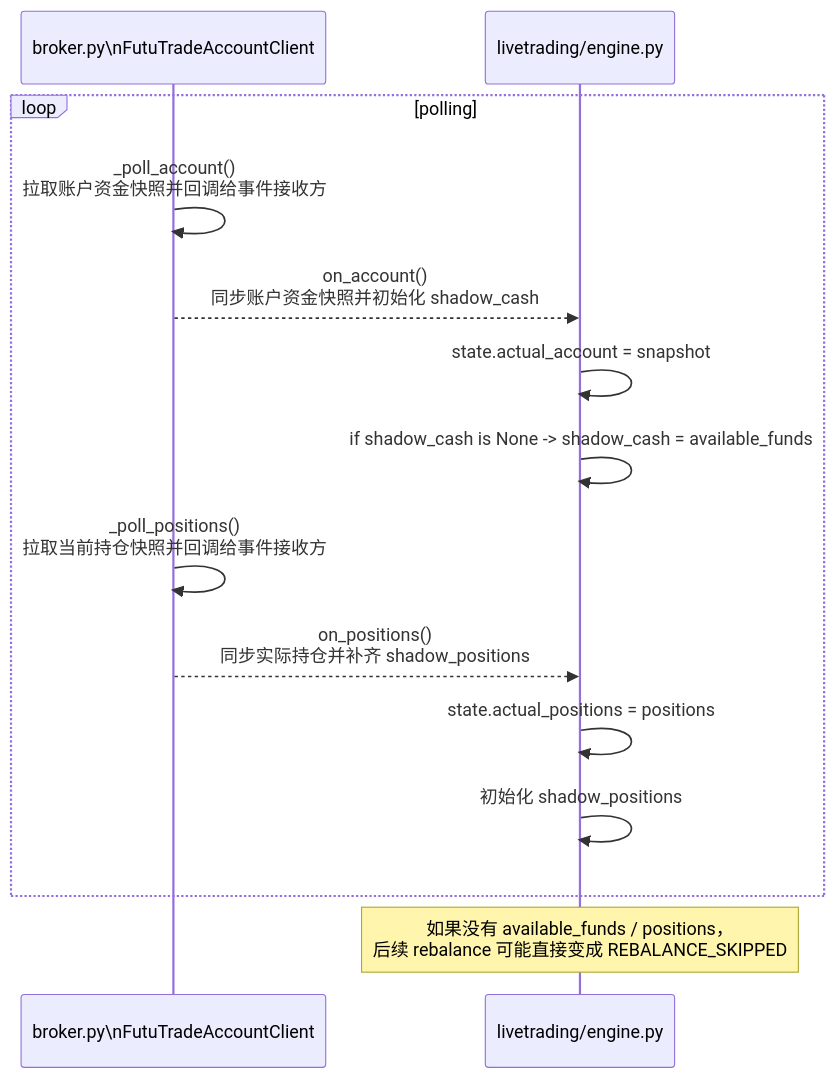
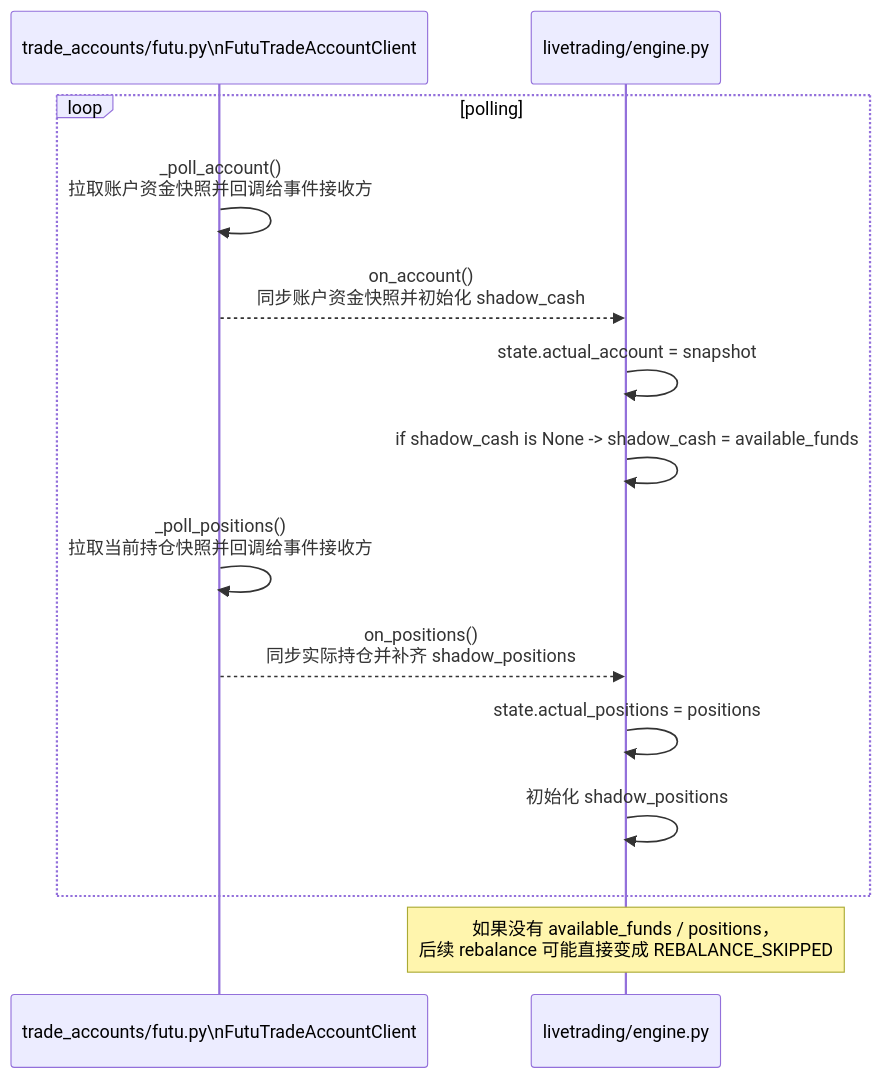
The third of 7 diagrams in docs/README_livetrading_sequence.md (hangchow/backtest), drawn with Mermaid before and after one commit. The commit also changed other lines of this file and 18 other files, not shown here.

````diff
--- a/docs/README_livetrading_sequence.md
+++ b/docs/README_livetrading_sequence.md
@@ -118,19 +133,19 @@
 ```mermaid
 sequenceDiagram
-    participant TB as broker.py\nFutuTradeAccountClient
+    participant TB as trade_accounts/futu.py\nFutuTradeAccountClient
     participant ENG as livetrading/engine.py
 
     loop polling
         TB->>TB: _poll_account()<br/>拉取账户资金快照并回调给事件接收方
         TB-->>ENG: on_account()<br/>同步账户资金快照并初始化 shadow_cash
         ENG->>ENG: state.actual_account = snapshot
         ENG->>ENG: if shadow_cash is None -> shadow_cash = available_funds
 
         TB->>TB: _poll_positions()<br/>拉取当前持仓快照并回调给事件接收方
         TB-->>ENG: on_positions()<br/>同步实际持仓并补齐 shadow_positions
         ENG->>ENG: state.actual_positions = positions
         ENG->>ENG: 初始化 shadow_positions
     end
 
     Note over ENG: 如果没有 available_funds / positions，<br/>后续 rebalance 可能直接变成 REBALANCE_SKIPPED
 ```
````
